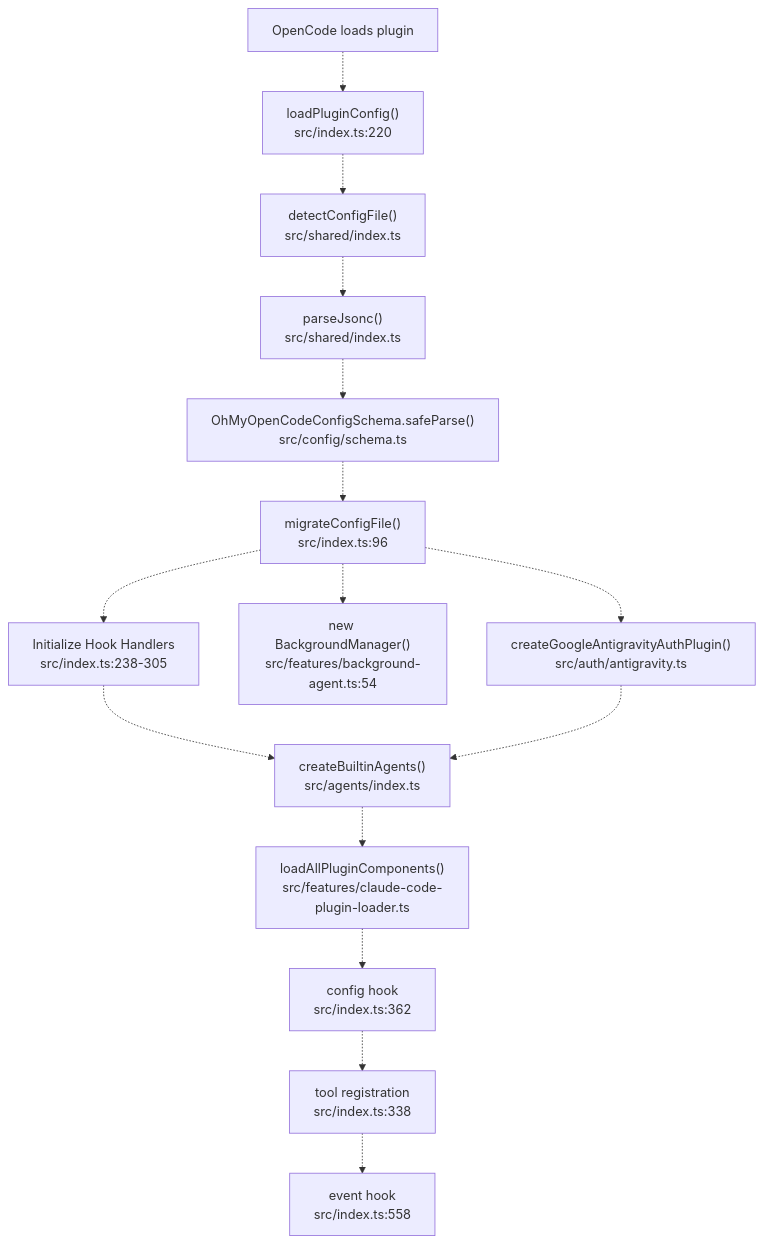
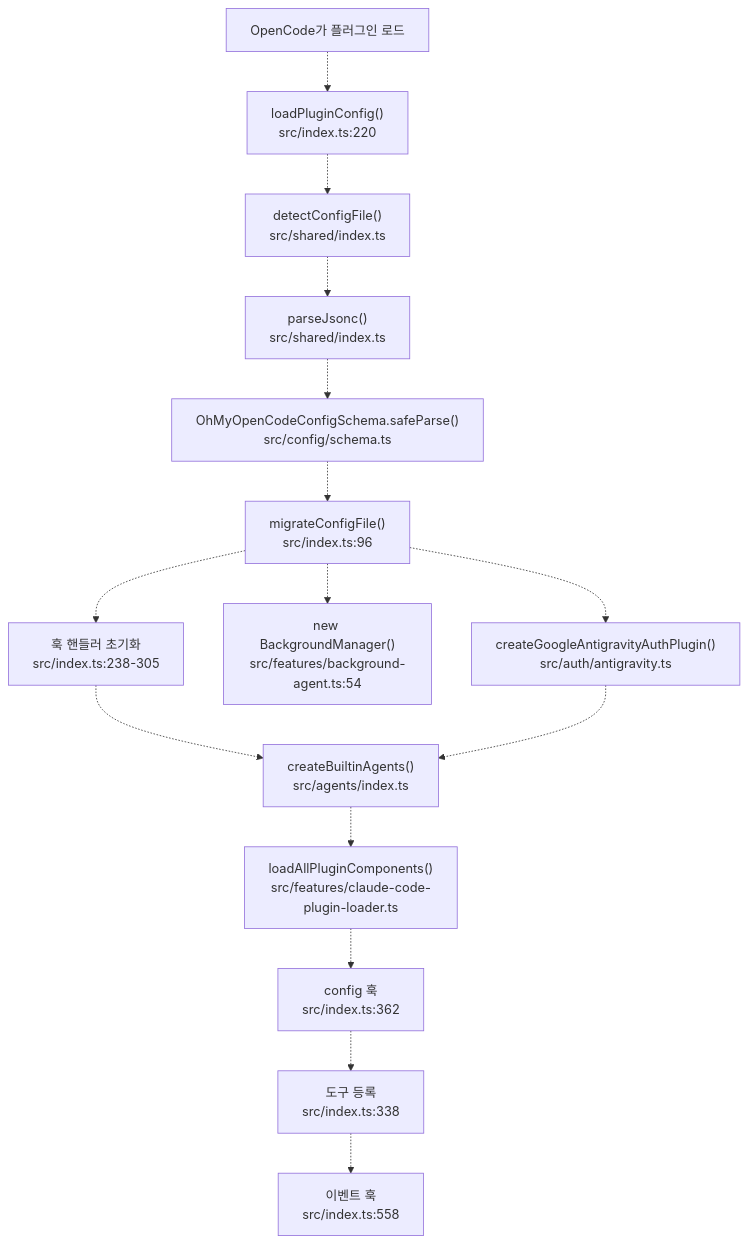
The seventh of 14 diagrams in docs/index.md (felipetruman/oh-my-opencode-docs), drawn with Mermaid before and after one commit. The commit also changed other lines of this file and 76 other files, not shown here.

````diff
--- a/docs/index.md
+++ b/docs/index.md
@@ -389,33 +375,33 @@
 ```mermaid
 flowchart TD
 
-Start["OpenCode loads plugin"]
+Start["OpenCode가 플러그인 로드"]
 LoadConfig["loadPluginConfig()<br>src/index.ts:220"]
 DetectFiles["detectConfigFile()<br>src/shared/index.ts"]
 ParseJsonc["parseJsonc()<br>src/shared/index.ts"]
 ValidateSchema["OhMyOpenCodeConfigSchema.safeParse()<br>src/config/schema.ts"]
 Migrate["migrateConfigFile()<br>src/index.ts:96"]
-InitHooks["Initialize Hook Handlers<br>src/index.ts:238-305"]
+InitHooks["훅 핸들러 초기화<br>src/index.ts:238-305"]
 InitBgManager["new BackgroundManager()<br>src/features/background-agent.ts:54"]
 InitAuth["createGoogleAntigravityAuthPlugin()<br>src/auth/antigravity.ts"]
 BuildAgents["createBuiltinAgents()<br>src/agents/index.ts"]
 LoadClaude["loadAllPluginComponents()<br>src/features/claude-code-plugin-loader.ts"]
-RegisterConfig["config hook<br>src/index.ts:362"]
-RegisterTools["tool registration<br>src/index.ts:338"]
-RegisterEvents["event hook<br>src/index.ts:558"]
+RegisterConfig["config 훅<br>src/index.ts:362"]
+RegisterTools["도구 등록<br>src/index.ts:338"]
+RegisterEvents["이벤트 훅<br>src/index.ts:558"]
 
 Start -.-> LoadConfig
 LoadConfig -.-> DetectFiles
 DetectFiles -.-> ParseJsonc
 ParseJsonc -.-> ValidateSchema
 ValidateSchema -.-> Migrate
 Migrate -.-> InitHooks
 Migrate -.-> InitBgManager
 Migrate -.-> InitAuth
 InitHooks -.-> BuildAgents
 InitAuth -.-> BuildAgents
 BuildAgents -.-> LoadClaude
 LoadClaude -.-> RegisterConfig
 RegisterConfig -.-> RegisterTools
 RegisterTools -.-> RegisterEvents
 ```
````
